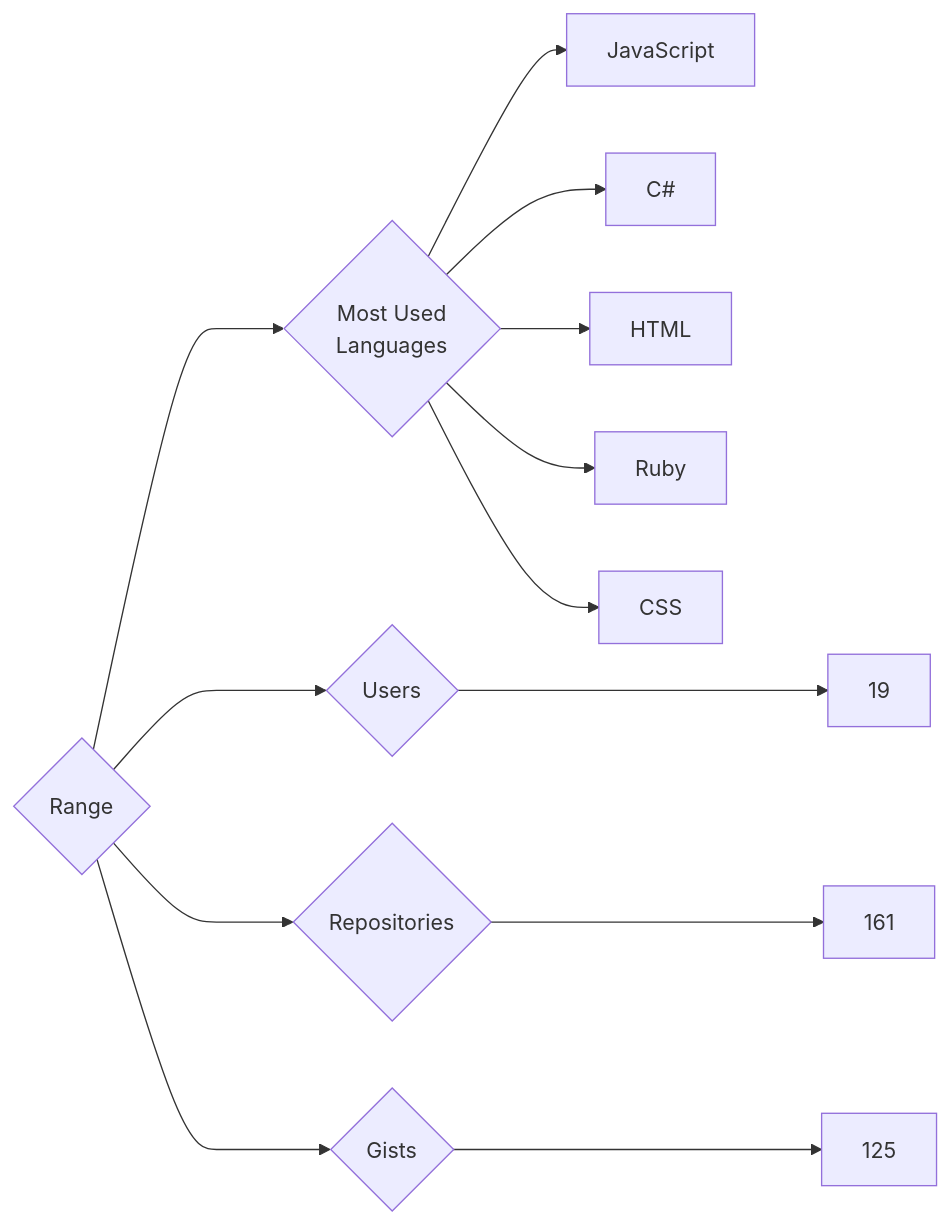
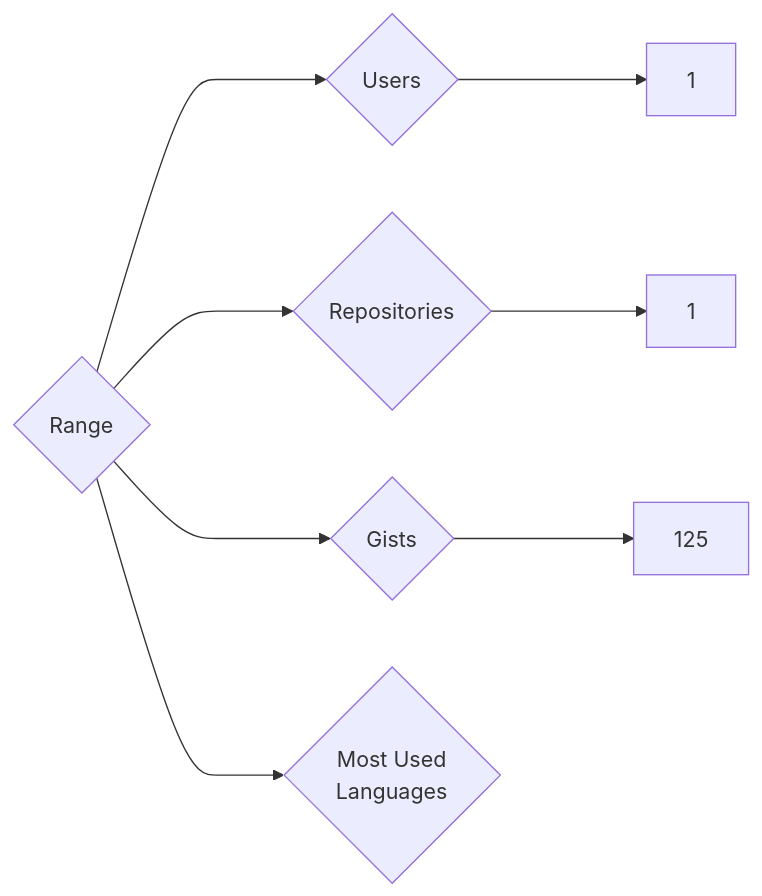
The diagram in targets/Range/README.md (trickest/insiders), drawn with Mermaid before and after one commit. The commit also changed 965 other files, not shown here.

````diff
--- a/targets/Range/README.md
+++ b/targets/Range/README.md
@@ -3,13 +3,8 @@
 ```mermaid
 graph LR
 COMPANY_NAME{Range}
-COMPANY_NAME ---> U{Users} ---> UN[19]
-COMPANY_NAME ---> R{Repositories} ---> RN[161]
+COMPANY_NAME ---> U{Users} ---> UN[1]
+COMPANY_NAME ---> R{Repositories} ---> RN[1]
 COMPANY_NAME ---> G{Gists} ---> GN[125]
 COMPANY_NAME ---> ML{Most Used<br>Languages}
-ML --> JavaScript[JavaScript]
-ML --> C#[C#]
-ML --> HTML[HTML]
-ML --> Ruby[Ruby]
-ML --> CSS[CSS]
 ```
````
